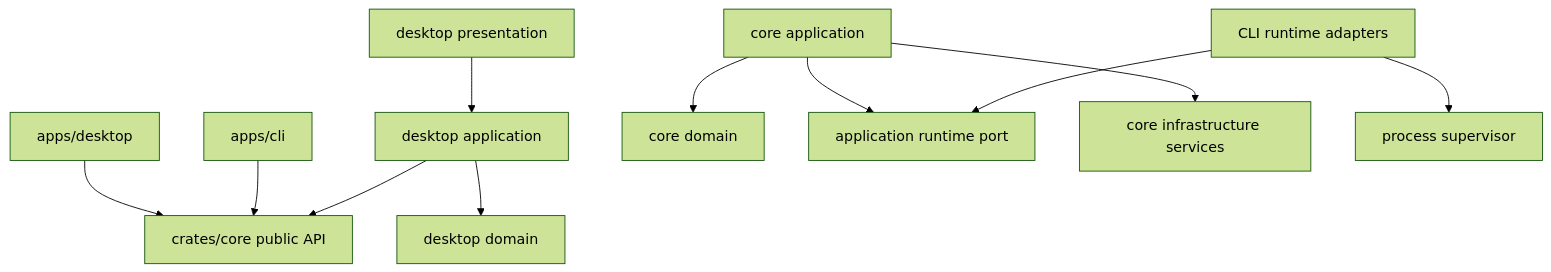
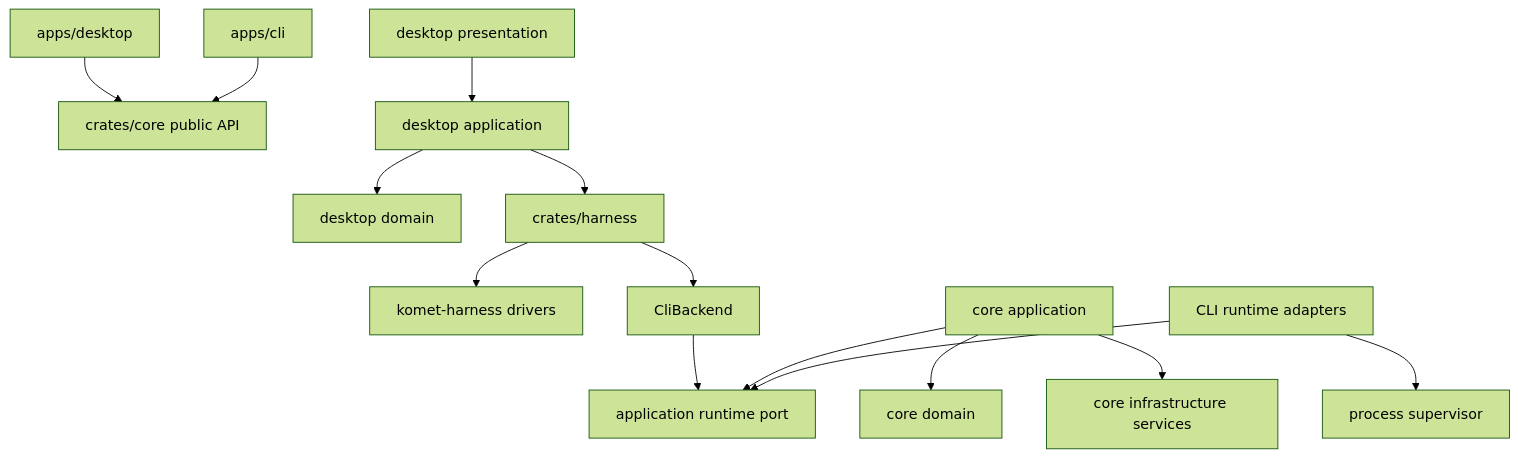
One commit to AUCTERIS/aucteris changed the diagram in ARCHITECTURE.md. Above: the diagram before and after it, drawn with Mermaid (forest theme). The commit also changed other lines of this file and 11 other files, not shown here.

First line of the commit message:
docs: add architecture docs tree, ADR template and ADR-0003

````diff
--- a/ARCHITECTURE.md
+++ b/ARCHITECTURE.md
@@ -37,13 +44,16 @@
 ```mermaid
 flowchart TD
   Desktop[apps/desktop] --> CoreAPI[crates/core public API]
   CLI[apps/cli] --> CoreAPI
   Presentation[desktop presentation] --> DesktopApp[desktop application]
   DesktopApp --> DesktopDomain[desktop domain]
-  DesktopApp --> CoreAPI
+  DesktopApp --> Harness[crates/harness]
+  Harness --> Komets[komet-harness drivers]
+  Harness --> CliBackend[CliBackend]
+  CliBackend --> RuntimePort
   CoreApp[core application] --> CoreDomain[core domain]
   CoreApp --> RuntimePort[application runtime port]
   CoreApp --> Infrastructure[core infrastructure services]
   RuntimeAdapters[CLI runtime adapters] --> RuntimePort
   RuntimeAdapters --> Process[process supervisor]
 ```
````
